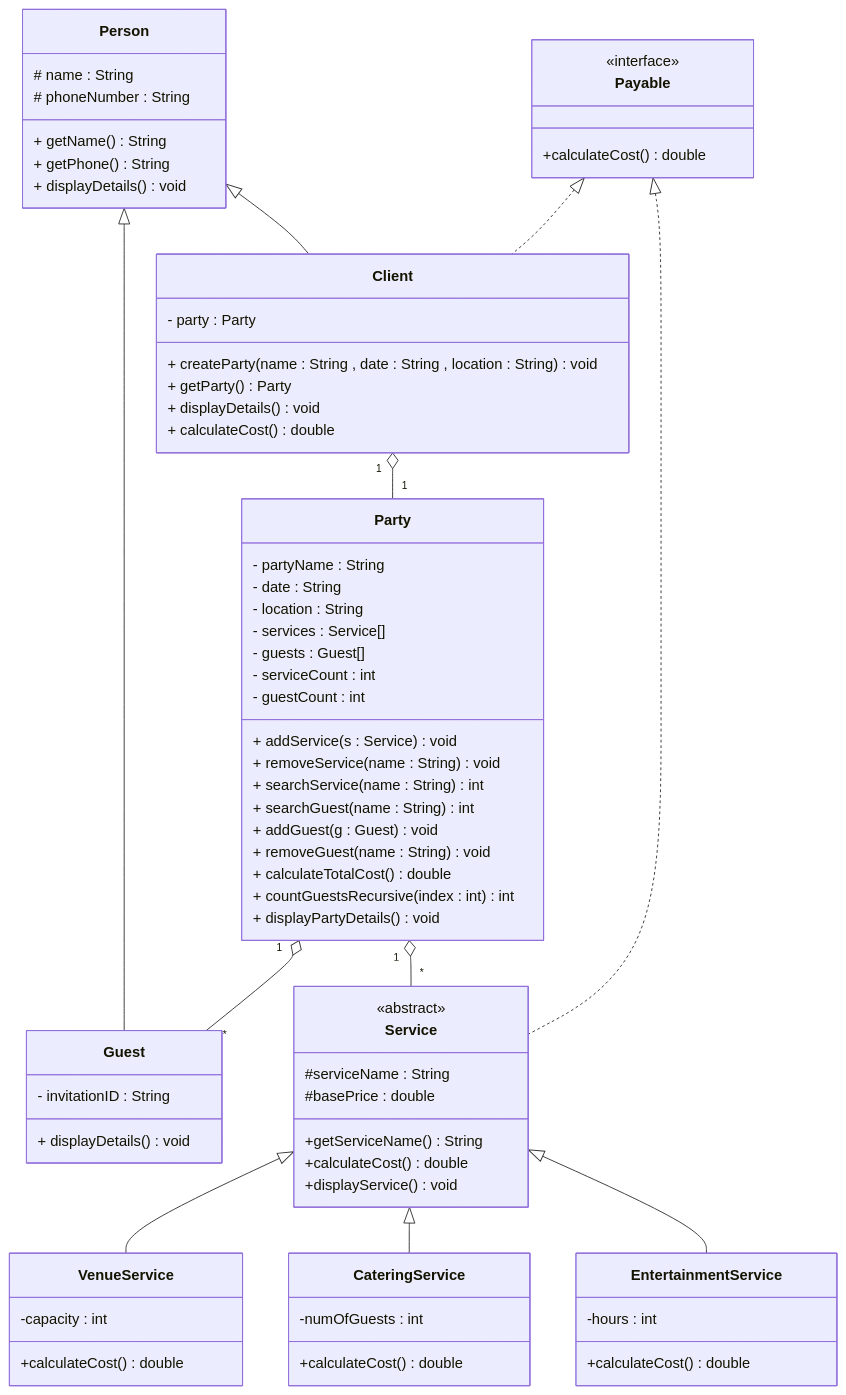
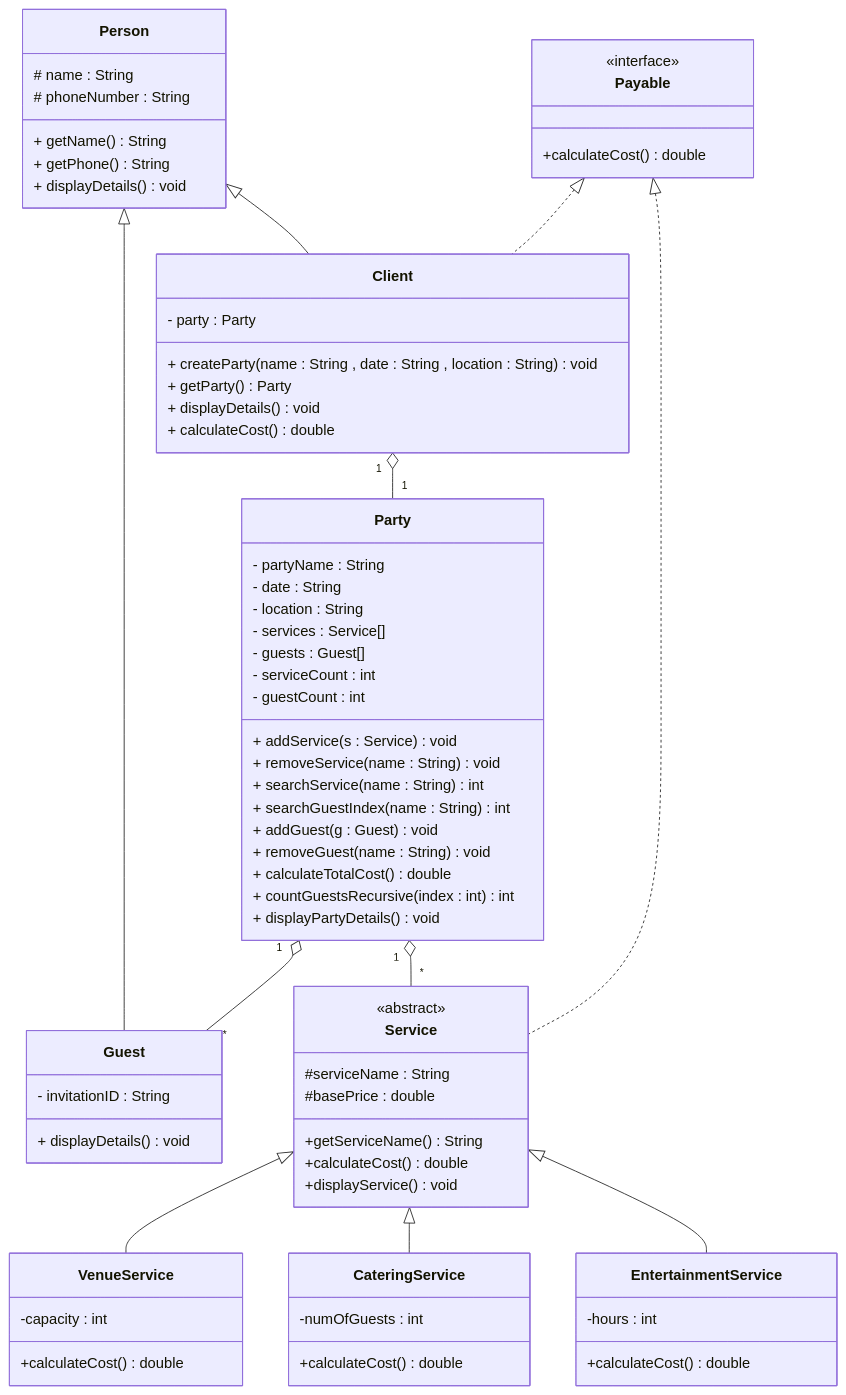
Before and after one commit to Aljawharah46/CSC113-project-P1: the diagram in README.md, drawn with Mermaid.

```diff
--- a/README.md
+++ b/README.md
@@ -12,7 +12,7 @@
 + addService(s : Service) void
 + removeService(name : String) void
 + searchService(name : String) int
-+ searchGuest(name : String) int
++ searchGuestIndex(name : String) int
 + addGuest(g : Guest) void
 + removeGuest(name : String) void
 + calculateTotalCost() double
```
